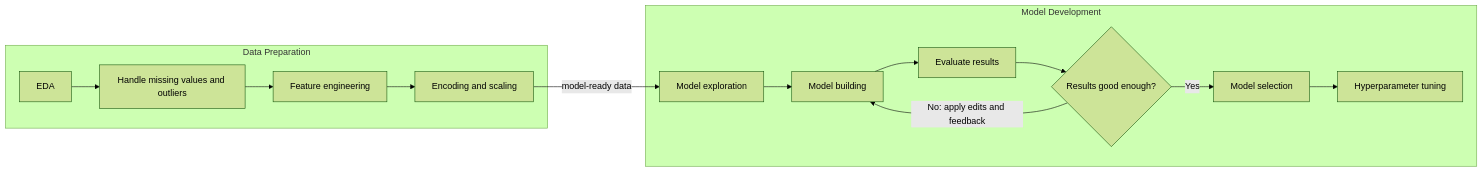
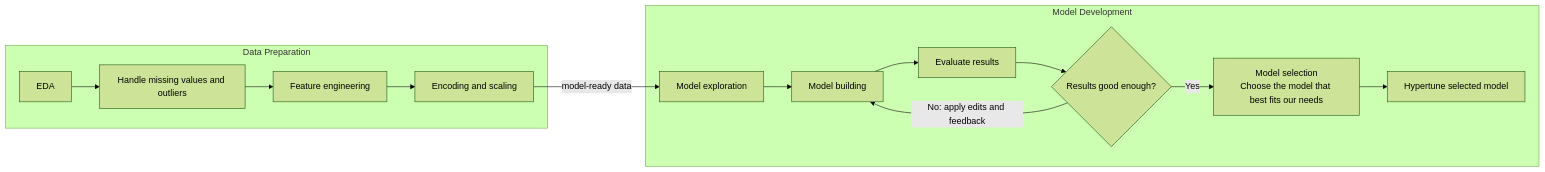
Before and after one commit to Break-Through-Tech/American-Express-1C-second-look-lending: the diagram in docs/architectural_diagram.md, drawn with Mermaid (forest theme).

Commit message:
Enhance architectural diagram with detailed labels

````diff
--- a/docs/architectural_diagram.md
+++ b/docs/architectural_diagram.md
@@ -3,19 +3,19 @@
 ```mermaid
 flowchart LR
     subgraph PREP["Data Preparation"]
         A["EDA"] --> B["Handle missing values and outliers"]
         B --> C["Feature engineering"]
         C --> D["Encoding and scaling"]
     end
 
     subgraph MODEL["Model Development"]
         E["Model exploration"] --> F["Model building"]
         F --> R["Evaluate results"]
         R --> Q{"Results good enough?"}
         Q -->|"No: apply edits and feedback"| F
-        Q -->|"Yes"| G["Model selection"]
-        G --> H["Hyperparameter tuning"]
+        Q -->|"Yes"| G["Model selection<br/>Choose the model that best fits our needs"]
+        G --> H["Hypertune selected model"]
     end
 
     D -->|"model-ready data"| E
 ```
````
